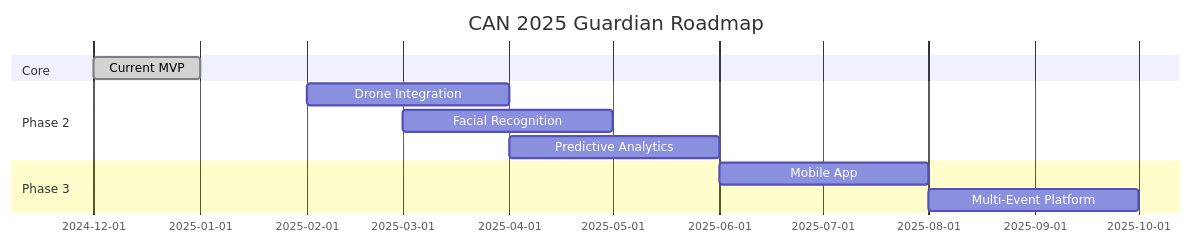
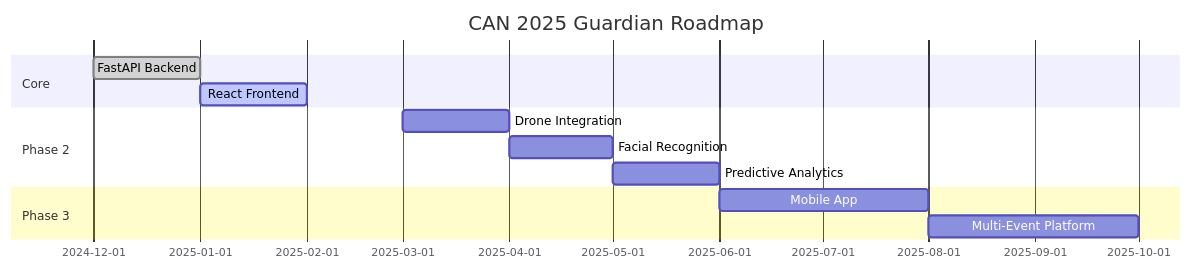
Before and after one commit to achrafS133/CAN2025_Project: the third of 3 diagrams in README.md, drawn with Mermaid. The commit also changed other lines of this file and 40 other files, not shown here.

````diff
--- a/README.md
+++ b/README.md
@@ -360,14 +471,15 @@
 ```mermaid
 gantt
     title CAN 2025 Guardian Roadmap
     dateFormat  YYYY-MM
     section Core
-    Current MVP           :done, 2024-12, 2025-01
+    FastAPI Backend       :done, 2024-12, 2025-01
+    React Frontend        :active, 2025-01, 2025-02
     section Phase 2
-    Drone Integration     :2025-02, 2025-04
-    Facial Recognition    :2025-03, 2025-05
-    Predictive Analytics  :2025-04, 2025-06
+    Drone Integration     :2025-03, 2025-04
+    Facial Recognition    :2025-04, 2025-05
+    Predictive Analytics  :2025-05, 2025-06
     section Phase 3
     Mobile App            :2025-06, 2025-08
     Multi-Event Platform  :2025-08, 2025-10
 ```
````
